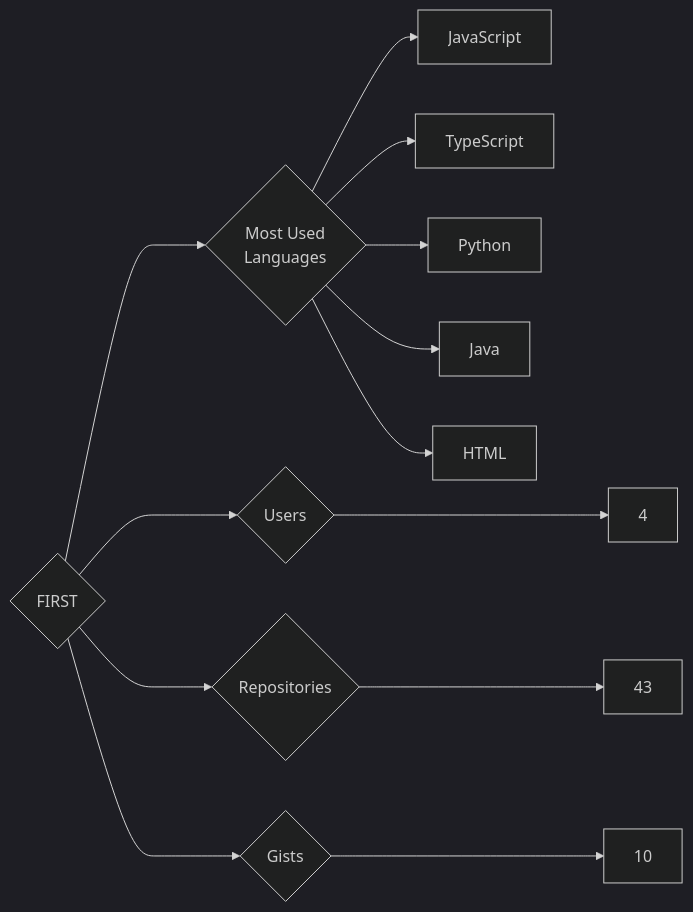
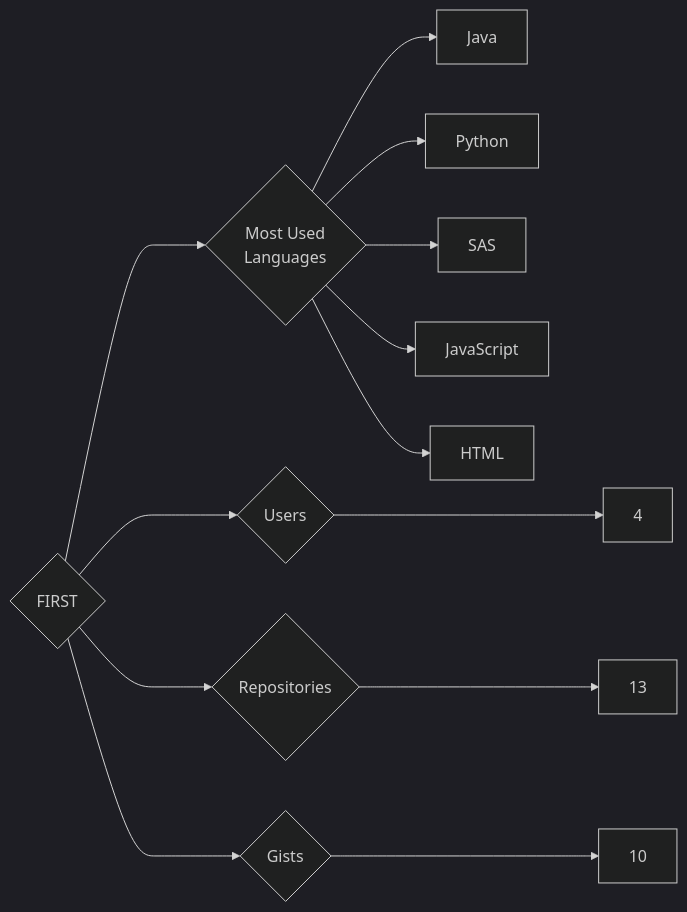
The diagram in targets/FIRST/README.md (trickest/insiders), drawn with Mermaid (dark theme) before and after one commit. The commit also changed 618 other files, not shown here.

````diff
--- a/targets/FIRST/README.md
+++ b/targets/FIRST/README.md
@@ -3,13 +3,13 @@
 ```mermaid
 graph LR
 COMPANY_NAME{FIRST}
 COMPANY_NAME ---> U{Users} ---> UN[4]
-COMPANY_NAME ---> R{Repositories} ---> RN[43]
+COMPANY_NAME ---> R{Repositories} ---> RN[13]
 COMPANY_NAME ---> G{Gists} ---> GN[10]
 COMPANY_NAME ---> ML{Most Used<br>Languages}
+ML --> Java[Java]
+ML --> Python[Python]
+ML --> SAS[SAS]
 ML --> JavaScript[JavaScript]
-ML --> TypeScript[TypeScript]
-ML --> Python[Python]
-ML --> Java[Java]
 ML --> HTML[HTML]
 ```
````
